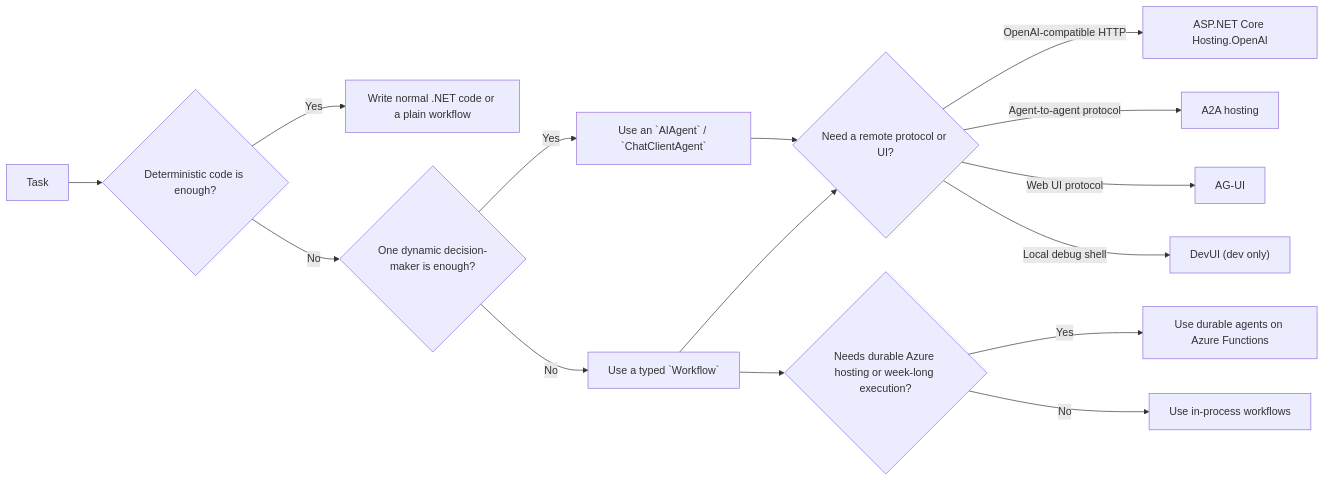
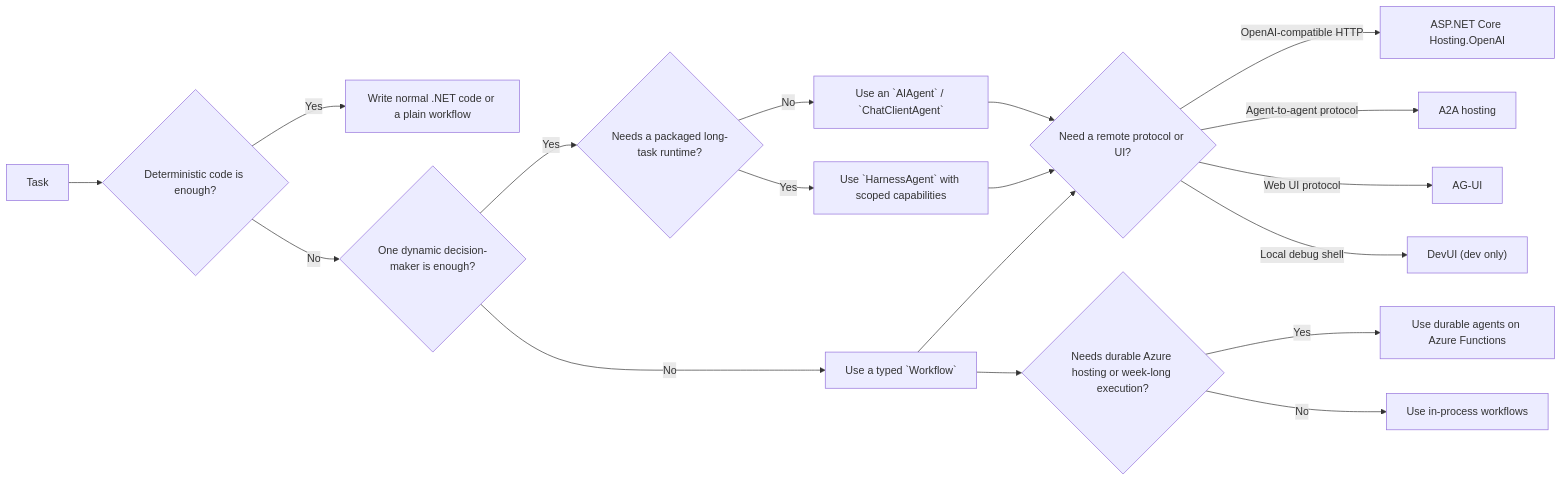
Before and after one commit to managedcode/dotnet-skills: the diagram in catalog/Frameworks/Microsoft-Agent-Framework/skills/microsoft-agent-framework/SKILL.md, drawn with Mermaid. The commit also changed other lines of this file and 41 other files, not shown here.

````diff
--- a/catalog/Frameworks/Microsoft-Agent-Framework/skills/microsoft-agent-framework/SKILL.md
+++ b/catalog/Frameworks/Microsoft-Agent-Framework/skills/microsoft-agent-framework/SKILL.md
@@ -38,17 +38,20 @@
 ```mermaid
 flowchart LR
   A["Task"] --> B{"Deterministic code is enough?"}
   B -->|Yes| C["Write normal .NET code or a plain workflow"]
   B -->|No| D{"One dynamic decision-maker is enough?"}
-  D -->|Yes| E["Use an `AIAgent` / `ChatClientAgent`"]
+  D -->|Yes| O{"Needs a packaged long-task runtime?"}
+  O -->|No| E["Use an `AIAgent` / `ChatClientAgent`"]
+  O -->|Yes| P["Use `HarnessAgent` with scoped capabilities"]
   D -->|No| F["Use a typed `Workflow`"]
   F --> G{"Needs durable Azure hosting or week-long execution?"}
   G -->|Yes| H["Use durable agents on Azure Functions"]
   G -->|No| I["Use in-process workflows"]
   E --> J{"Need a remote protocol or UI?"}
+  P --> J
   F --> J
   J -->|OpenAI-compatible HTTP| K["ASP.NET Core Hosting.OpenAI"]
   J -->|Agent-to-agent protocol| L["A2A hosting"]
   J -->|Web UI protocol| M["AG-UI"]
   J -->|Local debug shell| N["DevUI (dev only)"]
 ```
````
